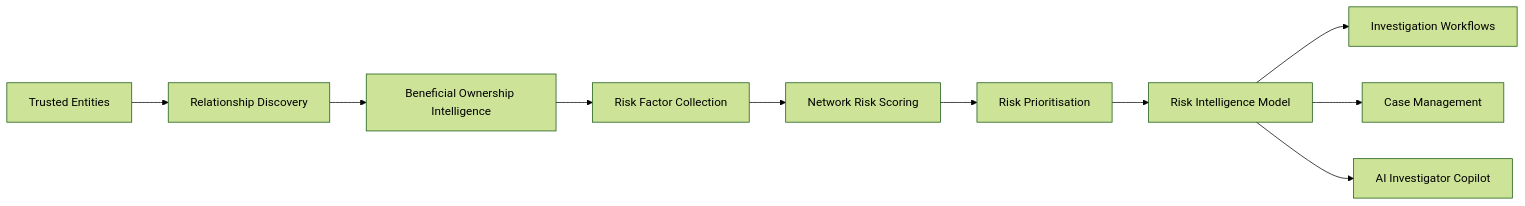
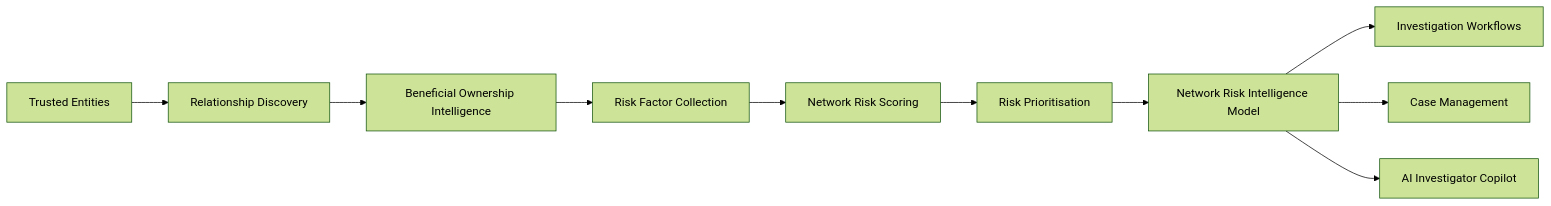
Before and after one commit to dhartwig-fc/01-fc-financial-crime-analytics-showcase: the diagram in 01-network-intelligence/04-network-risk-assessment/README.md, drawn with Mermaid (forest theme). The commit also changed other lines of this file, not shown here.

```diff
--- a/01-network-intelligence/04-network-risk-assessment/README.md
+++ b/01-network-intelligence/04-network-risk-assessment/README.md
@@ -86,21 +86,21 @@
 ~~~mermaid
 flowchart LR
 
 A[Trusted Entities] --> B[Relationship Discovery]
 
 B --> C[Beneficial Ownership Intelligence]
 
 C --> D[Risk Factor Collection]
 
 D --> E[Network Risk Scoring]
 
 E --> F[Risk Prioritisation]
 
-F --> G[Risk Intelligence Model]
+F --> G[Network Risk Intelligence Model]
 
 G --> H[Investigation Workflows]
 
 G --> I[Case Management]
 
 G --> J[AI Investigator Copilot]
 ~~~
```
